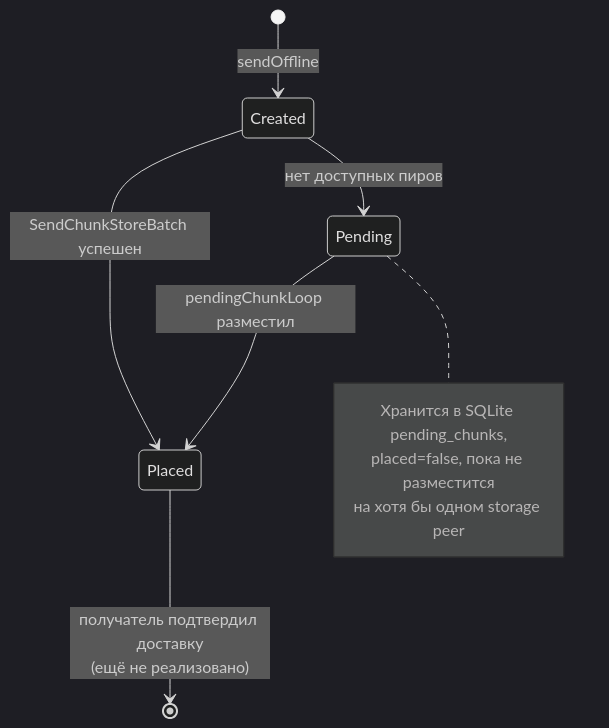
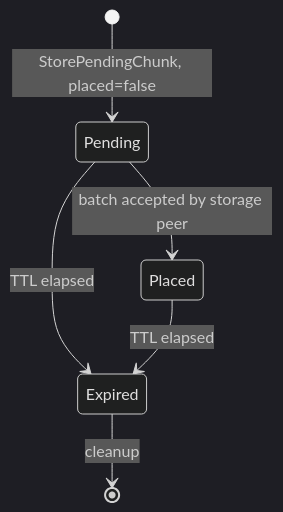
Before and after one commit to killbane1232/huginn-messenger: the eighth of 9 diagrams in docs/architecture.md, drawn with Mermaid (dark theme). The commit also changed other lines of this file and 1 other file, not shown here.

````diff
--- a/docs/architecture.md
+++ b/docs/architecture.md
@@ -246,14 +298,8 @@
 ```mermaid
 stateDiagram-v2
-    [*] --> Created: sendOffline
-    Created --> Placed: SendChunkStoreBatch успешен
-    Created --> Pending: нет доступных пиров
-    Pending --> Placed: pendingChunkLoop разместил
-    Placed --> [*]: получатель подтвердил доставку<br/>(ещё не реализовано)
-
-    note right of Pending
-        Хранится в SQLite pending_chunks,
-        placed=false, пока не разместится
-        на хотя бы одном storage peer
-    end note
+    [*] --> Pending: StorePendingChunk, placed=false
+    Pending --> Placed: batch accepted by storage peer
+    Pending --> Expired: TTL elapsed
+    Placed --> Expired: TTL elapsed
+    Expired --> [*]: cleanup
 ```
````
